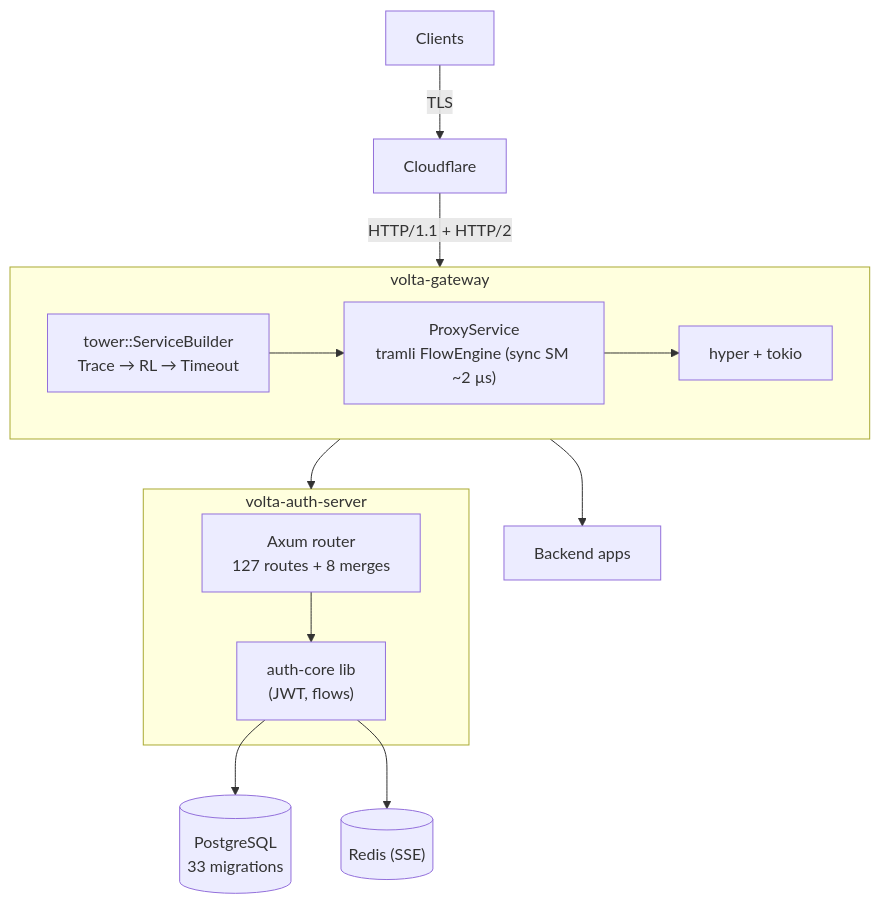
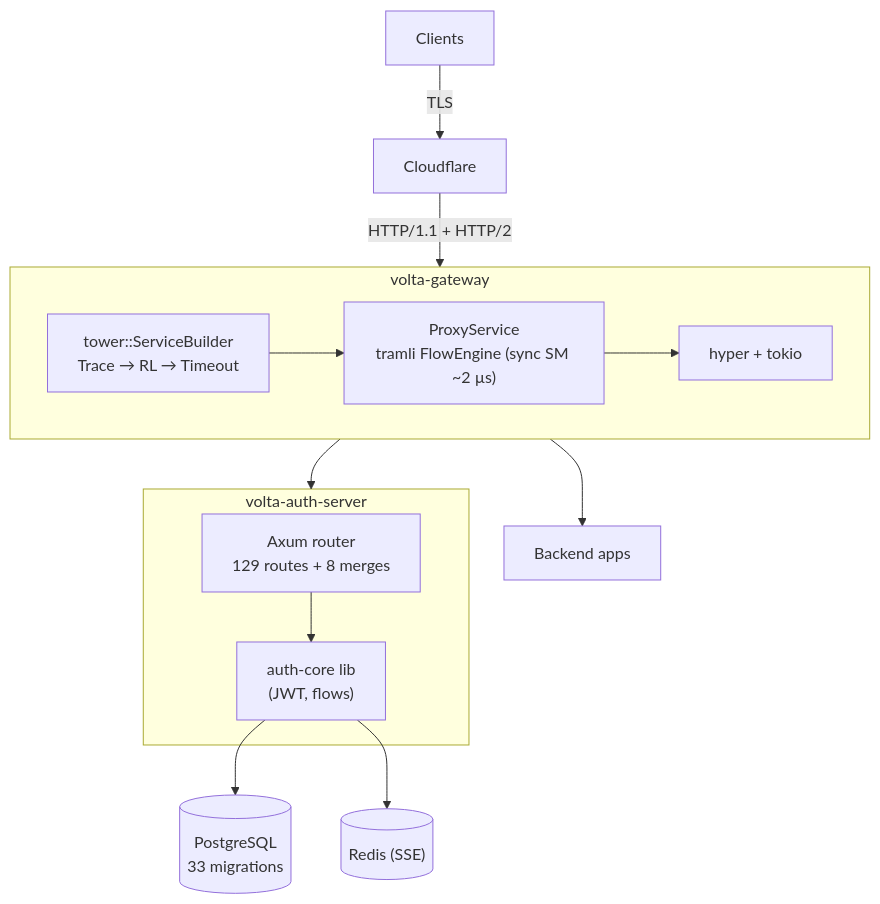
One commit to opaopa6969/volta-gateway changed diagram 11 of 11 in spec/SPEC.md. Above: the diagram before and after it, drawn with Mermaid. The commit also changed other lines of this file and 14 other files, not shown here.

````diff
--- a/spec/SPEC.md
+++ b/spec/SPEC.md
@@ -2271,24 +2271,24 @@
 ```mermaid
 graph TB
     CLIENTS["Clients"] -->|"TLS"| CF["Cloudflare"]
     CF -->|"HTTP/1.1 + HTTP/2"| GW
 
     subgraph GW ["volta-gateway"]
         TOWER["tower::ServiceBuilder<br/>Trace → RL → Timeout"]
         PROXY["ProxyService<br/>tramli FlowEngine (sync SM ~2 µs)"]
         HYPER["hyper + tokio"]
         TOWER --> PROXY --> HYPER
     end
 
     GW --> AS
     GW --> BE["Backend apps"]
 
     subgraph AS ["volta-auth-server"]
-        AXUM["Axum router<br/>127 routes + 8 merges"]
+        AXUM["Axum router<br/>129 routes + 8 merges"]
         CORE["auth-core lib<br/>(JWT, flows)"]
         AXUM --> CORE
     end
 
     CORE --> PG[("PostgreSQL<br/>33 migrations")]
     CORE --> RD[("Redis (SSE)")]
 ```
````
